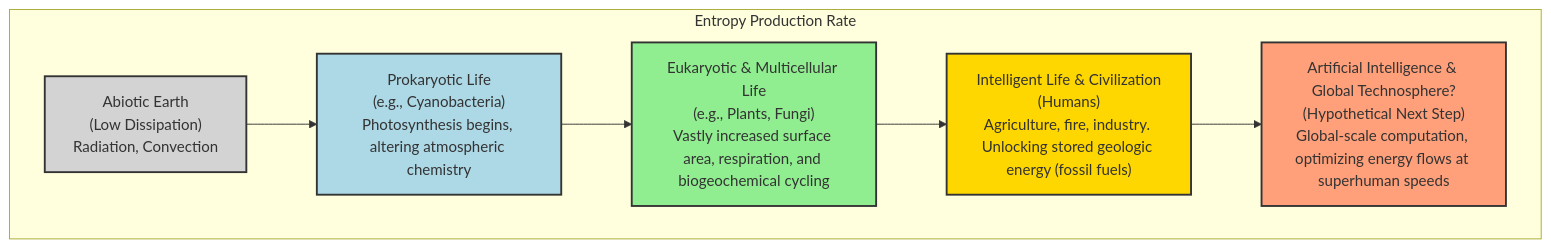
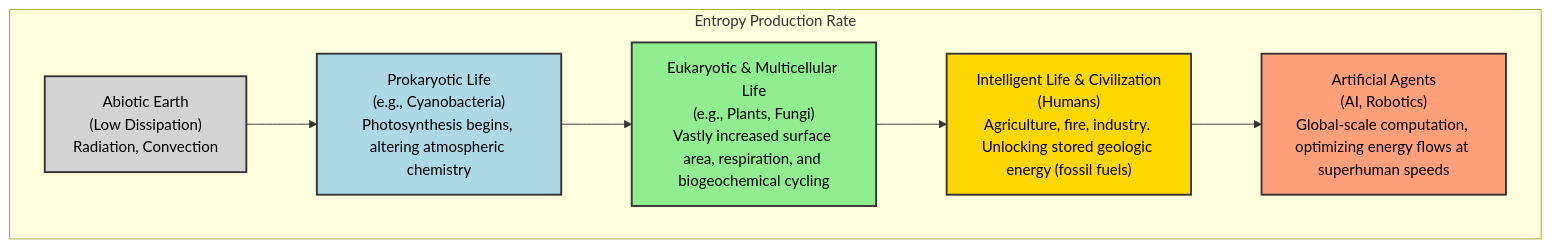
The first of 2 diagrams in paper_draft.md (Felipegalind0/Thermodynamic-Evolution), drawn with Mermaid before and after one commit. The commit also changed other lines of this file, not shown here.

````diff
--- a/paper_draft.md
+++ b/paper_draft.md
@@ -37,18 +37,18 @@
 ```mermaid
 graph TD
     A["Abiotic Earth<br>(Low Dissipation)<br>Radiation, Convection"] --> B["Prokaryotic Life<br>(e.g., Cyanobacteria)<br>Photosynthesis begins, altering atmospheric chemistry"];
     B --> C["Eukaryotic & Multicellular Life<br>(e.g., Plants, Fungi)<br>Vastly increased surface area, respiration, and biogeochemical cycling"];
     C --> D["Intelligent Life & Civilization<br>(Humans)<br>Agriculture, fire, industry. Unlocking stored geologic energy (fossil fuels)"];
-    D --> E["Artificial Intelligence & Global Technosphere?<br>(Hypothetical Next Step)<br>Global-scale computation, optimizing energy flows at superhuman speeds"];
+    D --> E["Artificial Agents<br>(AI, Robotics)<br>Global-scale computation, optimizing energy flows at superhuman speeds"];
 
     subgraph "Entropy Production Rate"
         direction LR
         A; B; C; D; E;
     end
 
-    style A fill:#D3D3D3,stroke:#333,stroke-width:2px
-    style B fill:#ADD8E6,stroke:#333,stroke-width:2px
-    style C fill:#90EE90,stroke:#333,stroke-width:2px
-    style D fill:#FFD700,stroke:#333,stroke-width:2px
-    style E fill:#FFA07A,stroke:#333,stroke-width:2px
+    style A fill:#D3D3D3,stroke:#333,stroke-width:2px,color:#000
+    style B fill:#ADD8E6,stroke:#333,stroke-width:2px,color:#000
+    style C fill:#90EE90,stroke:#333,stroke-width:2px,color:#000
+    style D fill:#FFD700,stroke:#333,stroke-width:2px,color:#000
+    style E fill:#FFA07A,stroke:#333,stroke-width:2px,color:#000
 ```
````
